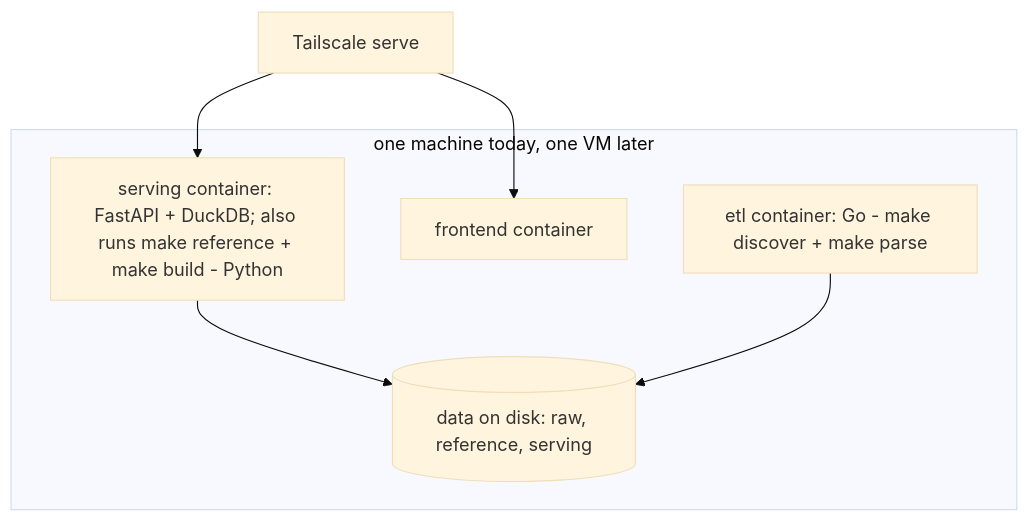
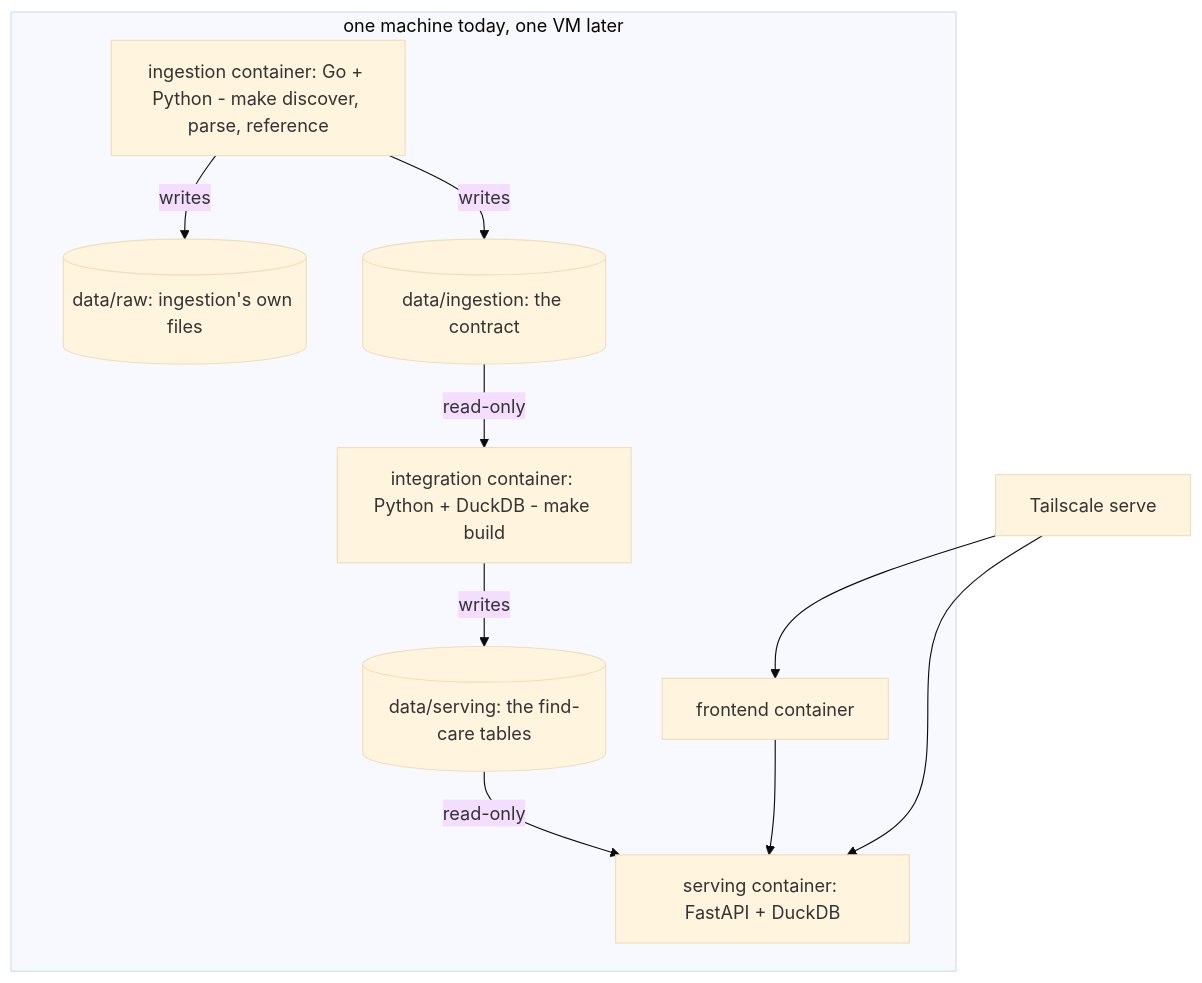
Before and after one commit to wmespi/honest-healthcare: the third of 3 diagrams in docs/architecture.md, drawn with Mermaid (base theme). The commit also changed other lines of this file and 259 other files, not shown here.

First line of the commit message:
refactor: one container per layer, with the code and data/ by layer (#135) (#173)

````diff
--- a/docs/architecture.md
+++ b/docs/architecture.md
@@ -158,13 +172,20 @@
 ```mermaid
 flowchart TB
   subgraph host [one machine today, one VM later]
-    C1[serving container: FastAPI + DuckDB; also runs make reference + make build - Python]
-    C2[frontend container]
-    C3[etl container: Go - make discover + make parse]
-    D[(data on disk: raw, reference, serving)]
-    C1 --> D
-    C3 --> D
+    ING[ingestion container: Go + Python - make discover, parse, reference]
+    INT[integration container: Python + DuckDB - make build]
+    API[serving container: FastAPI + DuckDB]
+    WEB[frontend container]
+    RAWD[(data/raw: ingestion's own files)]
+    CON[(data/ingestion: the contract)]
+    SRV[(data/serving: the find-care tables)]
+    ING -->|writes| RAWD
+    ING -->|writes| CON
+    CON -->|read-only| INT
+    INT -->|writes| SRV
+    SRV -->|read-only| API
+    WEB --> API
   end
-  TS[Tailscale serve] --> C2
-  TS --> C1
+  TS[Tailscale serve] --> WEB
+  TS --> API
 ```
````
